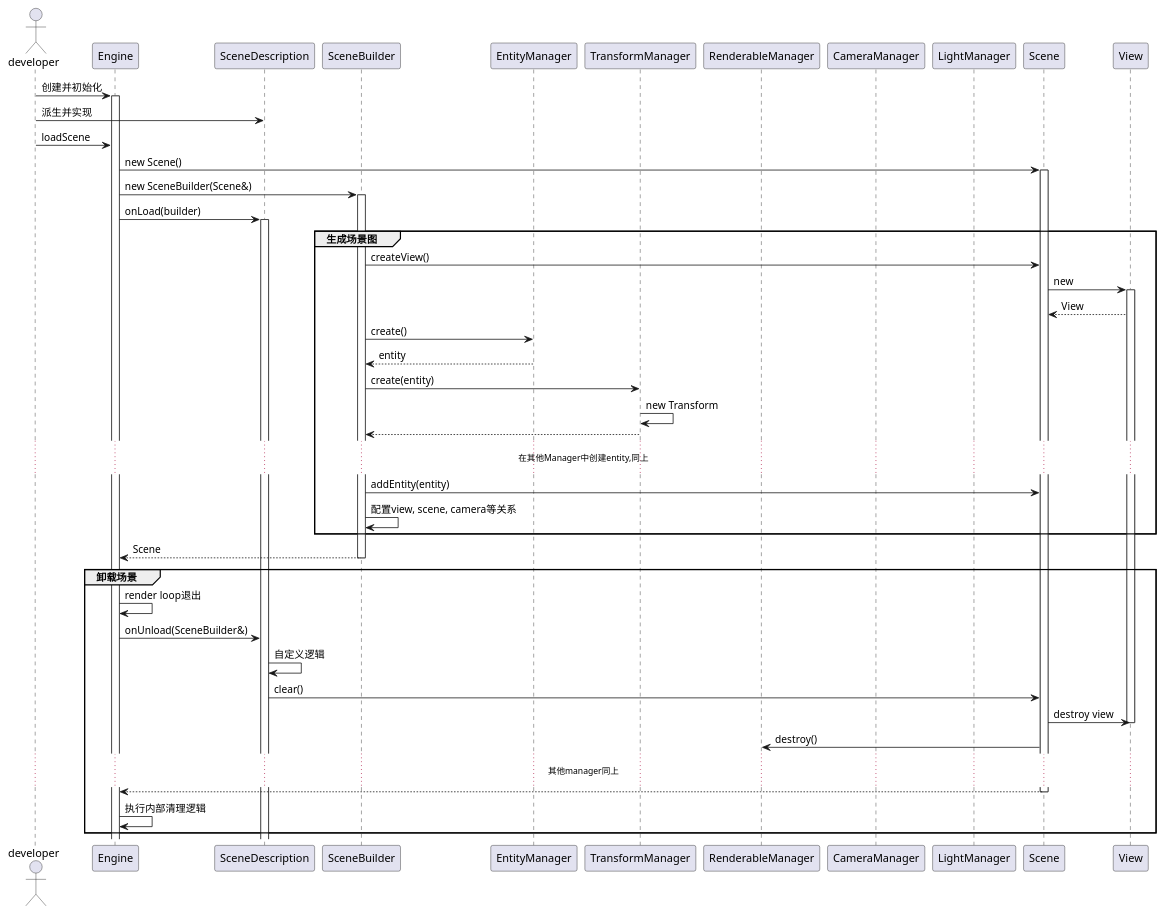
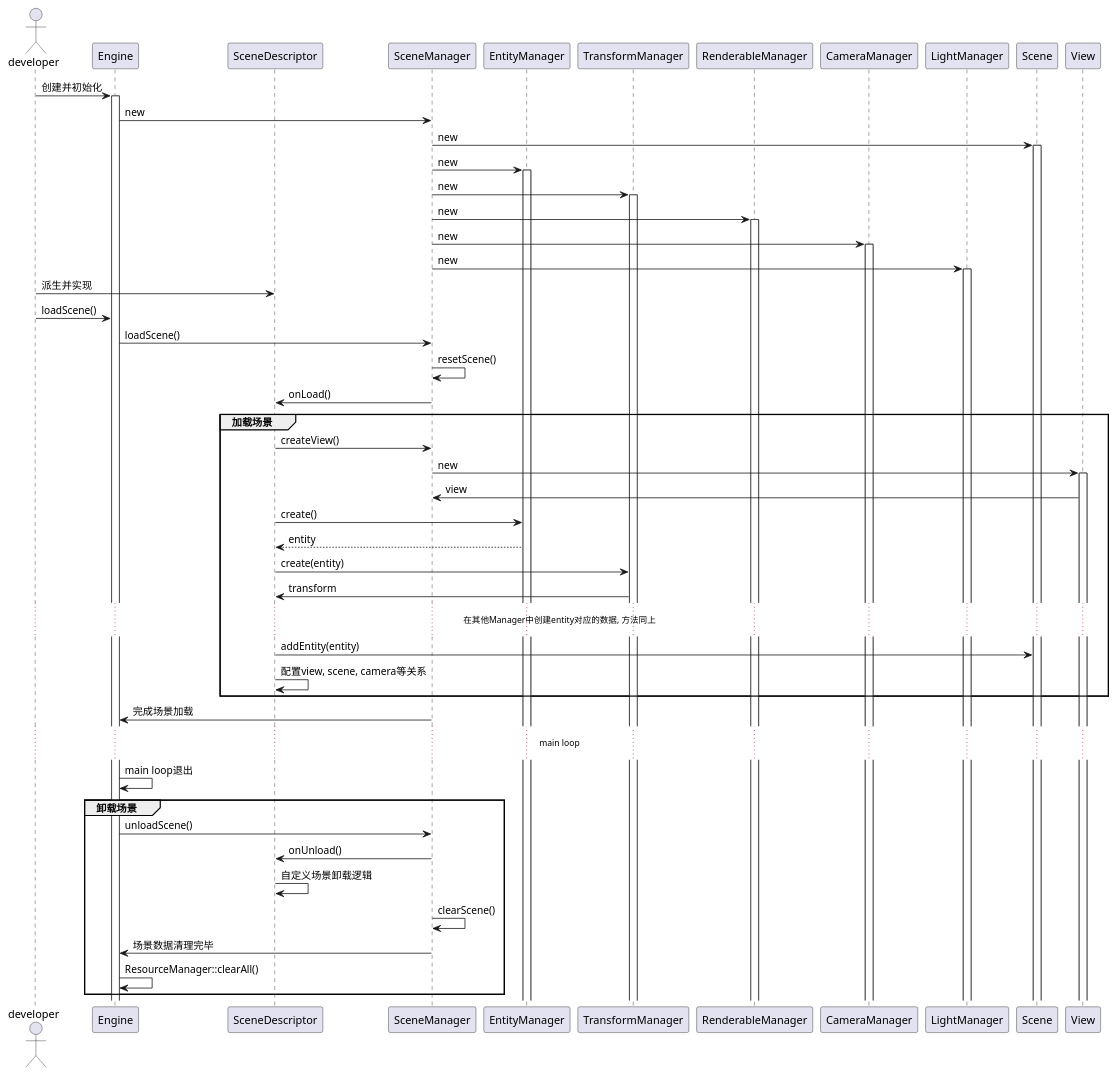
Before and after one commit to Ryu613/Pd2Engine: the fourth of 6 diagrams in docs/module.adoc, drawn with PlantUML. The commit also changed other lines of this file and 29 other files, not shown here.

```diff
--- a/docs/module.adoc
+++ b/docs/module.adoc
@@ -369,46 +464,50 @@
 [plantuml]
 ....
 actor developer as User order 10
 participant Engine as Engine order 20
-participant SceneDescription as SD order 30
-participant SceneBuilder as SB order 40
+participant SceneDescriptor as SD order 30
+participant SceneManager as SM order 40
 participant EntityManager as EM order 50
 participant TransformManager as TM order 60
 participant RenderableManager as RM order 70
 participant CameraManager as CM order 90
 participant LightManager as LM order 100
 participant Scene as Scene order 110
 participant View as View order 120
 User -> Engine++: 创建并初始化
+Engine -> SM: new
+SM -> Scene++: new
+SM -> EM++: new
+SM -> TM++: new
+SM -> RM++: new
+SM -> CM++: new
+SM -> LM++: new
 User -> SD: 派生并实现
-User -> Engine: loadScene
-Engine -> Scene++: new Scene()
-Engine -> SB++: new SceneBuilder(Scene&)
-Engine -> SD++: onLoad(builder)
-group 生成场景图
-    SB -> Scene: createView()
-    Scene -> View++: new
-    Scene <-- View: View
-    SB -> EM: create()
-    SB <-- EM: entity
-    SB -> TM: create(entity)
-    TM -> TM: new Transform
-    SB <-- TM
-    ... 在其他Manager中创建entity,同上 ...
-    SB -> Scene: addEntity(entity)
-    SB -> SB: 配置view, scene, camera等关系
+User -> Engine: loadScene()
+Engine -> SM: loadScene()
+SM -> SM: resetScene()
+SM -> SD: onLoad()
+group 加载场景
+    SD -> SM: createView()
+    SM -> View++: new
+    SM <- View: view
+    SD -> EM: create()
+    SD <-- EM: entity
+    SD -> TM: create(entity)
+    SD <- TM: transform
+    ... 在其他Manager中创建entity对应的数据, 方法同上 ...
+    SD -> Scene: addEntity(entity)
+    SD -> SD: 配置view, scene, camera等关系
 end
-Engine <-- SB--: Scene
+SM -> Engine: 完成场景加载
+... main loop ...
+Engine -> Engine: main loop退出
 group 卸载场景
-    Engine -> Engine: render loop退出
-    Engine -> SD: onUnload(SceneBuilder&)
-    SD -> SD: 自定义逻辑
-    SD -> Scene: clear()
-    Scene -> View: destroy view
-    deactivate View
-    Scene -> RM: destroy()
-    ... 其他manager同上 ...
-    Engine <-- Scene--
-    Engine -> Engine: 执行内部清理逻辑
+    Engine -> SM: unloadScene()
+    SM -> SD: onUnload()
+    SD -> SD: 自定义场景卸载逻辑
+    SM -> SM: clearScene()
+    Engine <- SM: 场景数据清理完毕
+    Engine -> Engine: ResourceManager::clearAll()
 end
 ....
```
